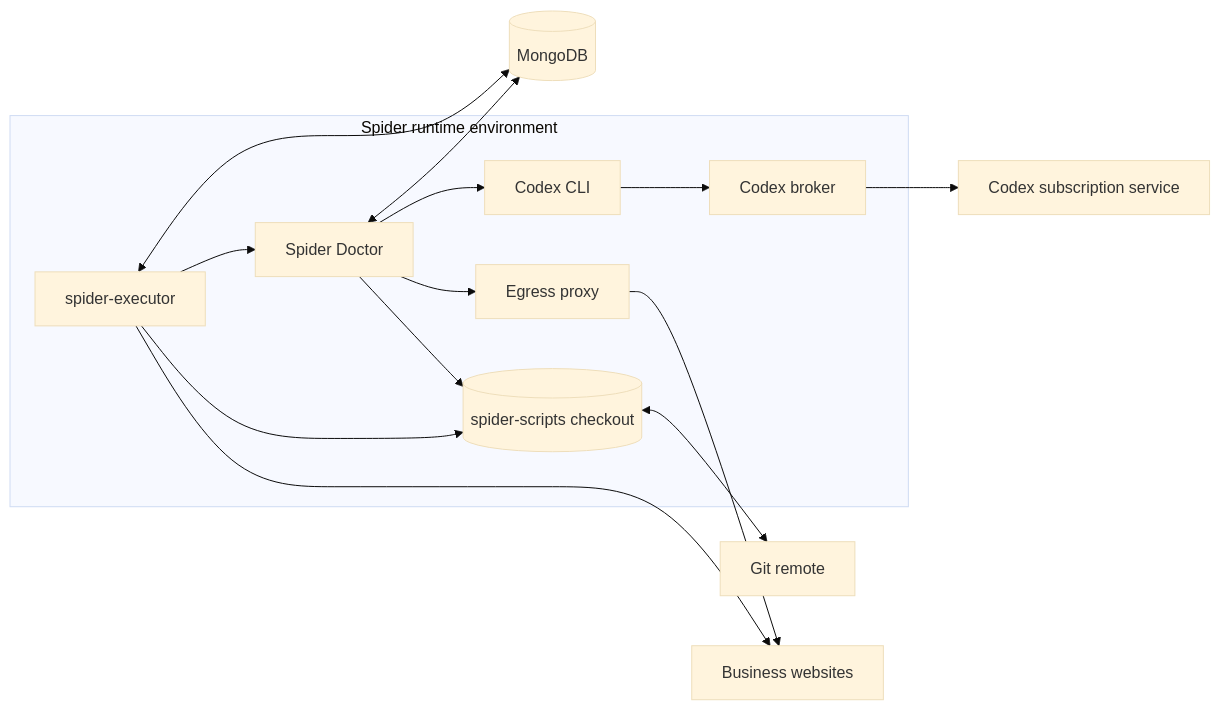
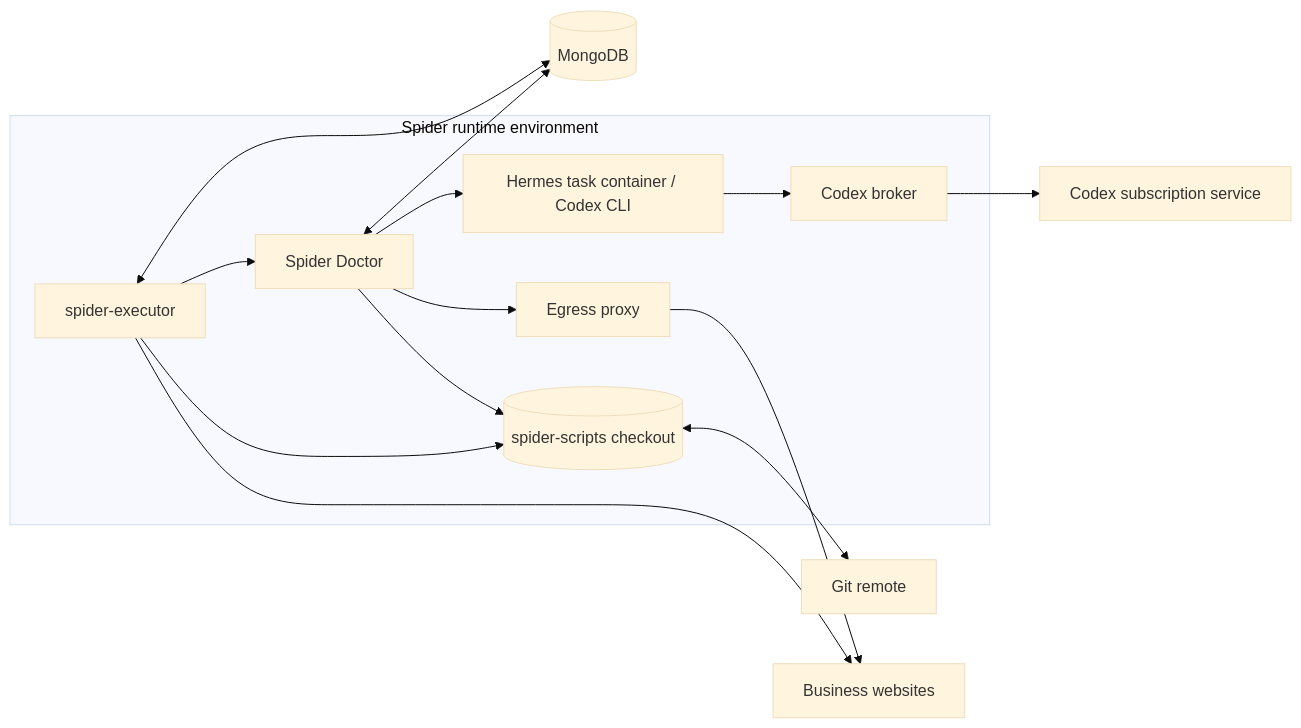
Before and after one commit to cl0udarch1t3cts/spider-runtime: the sixth of 6 diagrams in docs/ARCHITECTURE.md, drawn with Mermaid (base theme). The commit also changed other lines of this file, not shown here.

First line of the commit message:
Architecture: mark the Hermes task container in the diagrams

````diff
--- a/docs/ARCHITECTURE.md
+++ b/docs/ARCHITECTURE.md
@@ -416,29 +420,29 @@
 ```mermaid
 flowchart LR
     subgraph Runtime[Spider runtime environment]
         E[spider-executor]
         D[Spider Doctor]
-        C[Codex CLI]
+        C[Hermes task container / Codex CLI]
         B[Codex broker]
         P[Egress proxy]
         R[(spider-scripts checkout)]
     end
 
     M[(MongoDB)]
     GH[Git remote]
     WEB[Business websites]
     OAI[Codex subscription service]
 
     E <--> M
     E --> D
     D <--> M
     D --> C
     C --> B
     B --> OAI
     D --> P
     P --> WEB
     D --> R
     R <--> GH
     E --> R
     E --> WEB
 ```
````
